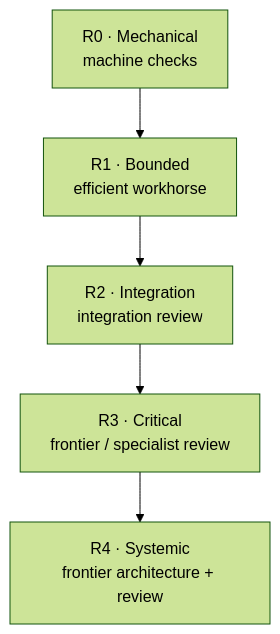
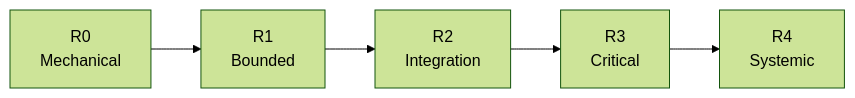
One commit to Strataward/durable-threads changed the third of 4 diagrams in docs/articles/frontier-decisions-cheap-execution.md. Above: the diagram before and after it, drawn with Mermaid (forest theme). The commit also changed other lines of this file and 13 other files, not shown here.

````diff
--- a/docs/articles/frontier-decisions-cheap-execution.md
+++ b/docs/articles/frontier-decisions-cheap-execution.md
@@ -129,7 +138,4 @@
 ```mermaid
-flowchart TB
-    R0["R0 · Mechanical<br/>machine checks"] --> R1["R1 · Bounded<br/>efficient workhorse"]
-    R1 --> R2["R2 · Integration<br/>integration review"]
-    R2 --> R3["R3 · Critical<br/>frontier / specialist review"]
-    R3 --> R4["R4 · Systemic<br/>frontier architecture + review"]
+flowchart LR
+    R0["R0<br/>Mechanical"] --> R1["R1<br/>Bounded"] --> R2["R2<br/>Integration"] --> R3["R3<br/>Critical"] --> R4["R4<br/>Systemic"]
 ```
````
